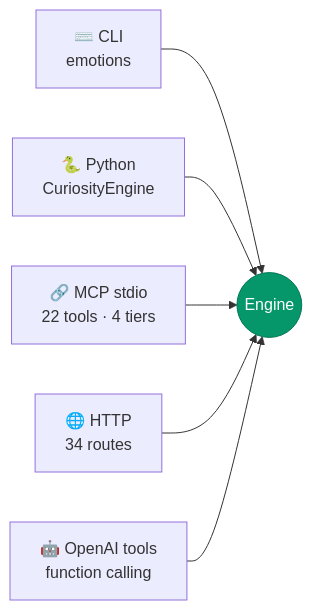
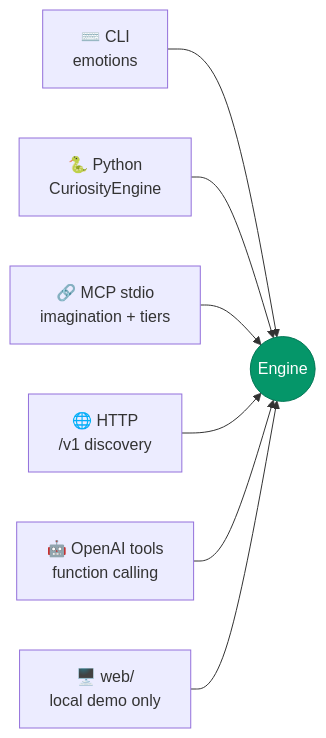
One commit to KanakMalpani/Artificial-Emotions changed the sixth of 6 diagrams in README.md. Above: the diagram before and after it, drawn with Mermaid. The commit also changed other lines of this file and 8 other files, not shown here.

````diff
--- a/README.md
+++ b/README.md
@@ -464,10 +505,11 @@
 ```mermaid
 flowchart LR
     CLI["⌨️ CLI<br/>emotions"] --> E(("Engine"))
     PY["🐍 Python<br/>CuriosityEngine"] --> E
-    MCP["🔗 MCP stdio<br/>22 tools · 4 tiers"] --> E
-    HTTP["🌐 HTTP<br/>34 routes"] --> E
+    MCP["🔗 MCP stdio<br/>imagination + tiers"] --> E
+    HTTP["🌐 HTTP<br/>/v1 discovery"] --> E
     OAI["🤖 OpenAI tools<br/>function calling"] --> E
+    WEB["🖥️ web/<br/>local demo only"] --> E
 
     style E fill:#059669,stroke:#047857,color:#fff
 ```
````
